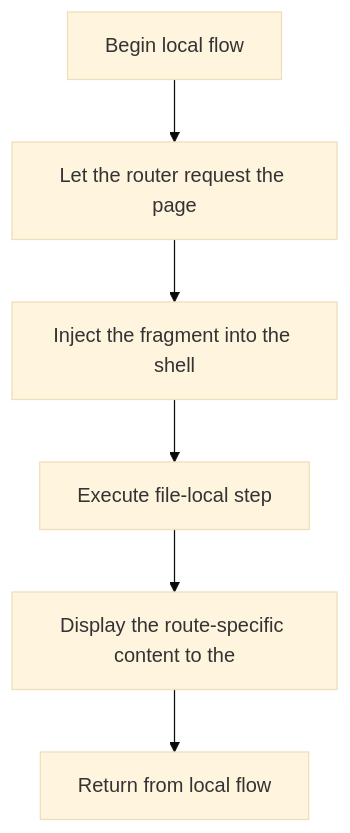
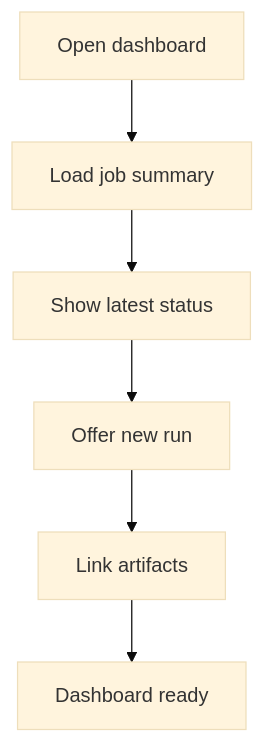
The diagram in docs/Codebase/Frontend/pages/dashboard.html.md (JohnAndrewBalbarosa/NeoTerritory), drawn with Mermaid (base theme) before and after one commit. The commit also changed other lines of this file and 21 other files, not shown here.

````diff
--- a/docs/Codebase/Frontend/pages/dashboard.html.md
+++ b/docs/Codebase/Frontend/pages/dashboard.html.md
@@ -21,14 +21,14 @@
 ```mermaid
 flowchart TD
-    Start["Begin local flow"]
-    N0["Let the router request the page"]
-    N1["Inject the fragment into the shell"]
-    N2["Execute file-local step"]
-    N3["Display the route-specific content to the"]
-    End["Return from local flow"]
+    Start["Open dashboard"]
+    N0["Load job summary"]
+    N1["Show latest status"]
+    N2["Offer new run"]
+    N3["Link artifacts"]
+    End["Dashboard ready"]
     Start --> N0
     N0 --> N1
     N1 --> N2
     N2 --> N3
     N3 --> End
 ```
````
